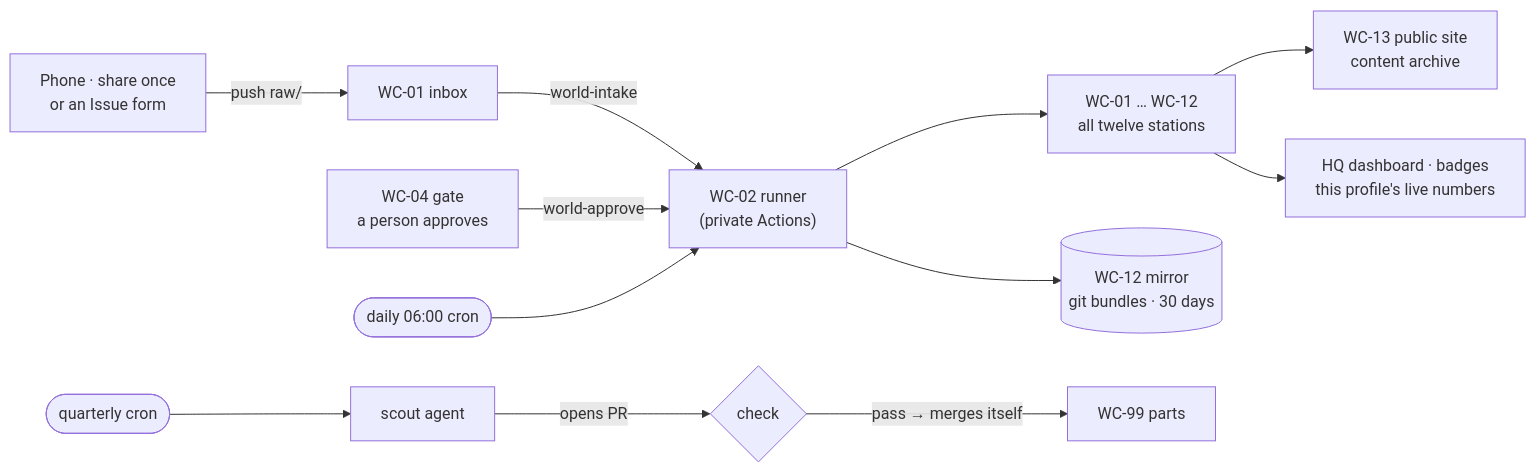
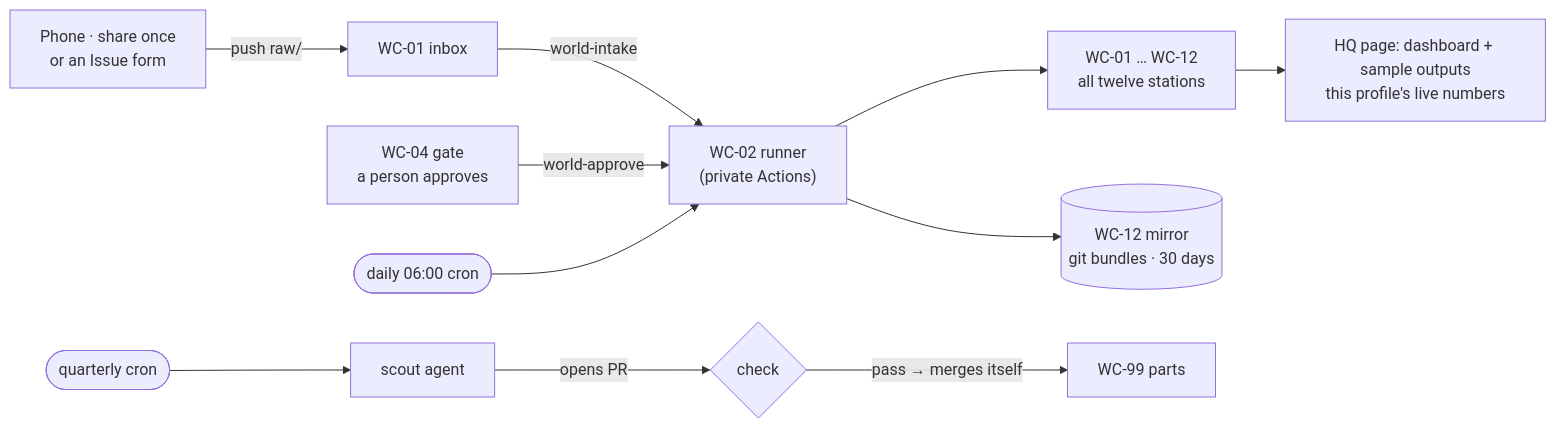
Before and after one commit to lfai-world/lfai-world: the diagram in README.md, drawn with Mermaid. The commit also changed other lines of this file and 1 other file, not shown here.

Commit message:
Profile explains the business; the rest is one boilerplate factory — samples on the HQ page

````diff
--- a/README.md
+++ b/README.md
@@ -81,12 +80,11 @@
 ```mermaid
 flowchart LR
   A["Phone · share once<br/>or an Issue form"] -->|push raw/| B["WC-01 inbox"]
   B -->|world-intake| R["WC-02 runner<br/>(private Actions)"]
   G["WC-04 gate<br/>a person approves"] -->|world-approve| R
   C(["daily 06:00 cron"]) --> R
   R --> S["WC-01 … WC-12<br/>all twelve stations"]
-  S --> A2["WC-13 public site<br/>content archive"]
-  S --> D["HQ dashboard · badges<br/>this profile's live numbers"]
+  S --> D["HQ page: dashboard + sample outputs<br/>this profile's live numbers"]
   R --> M[("WC-12 mirror<br/>git bundles · 30 days")]
   X(["quarterly cron"]) --> P["scout agent"] -->|opens PR| Q{"check"} -->|pass → merges itself| W["WC-99 parts"]
 ```
````
